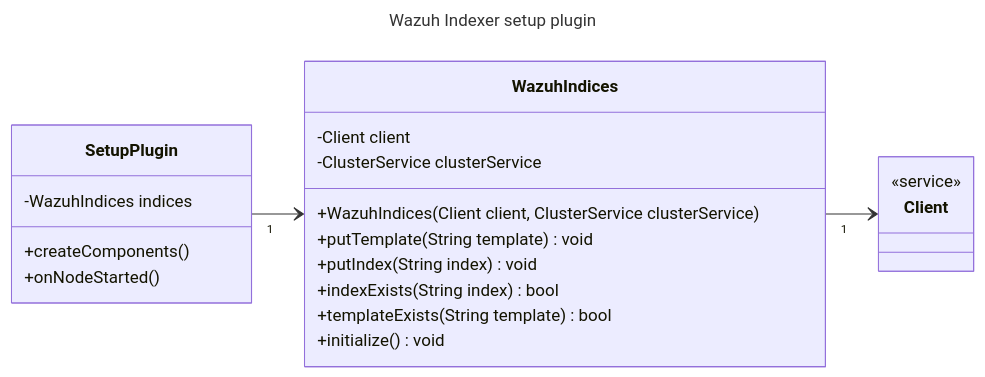
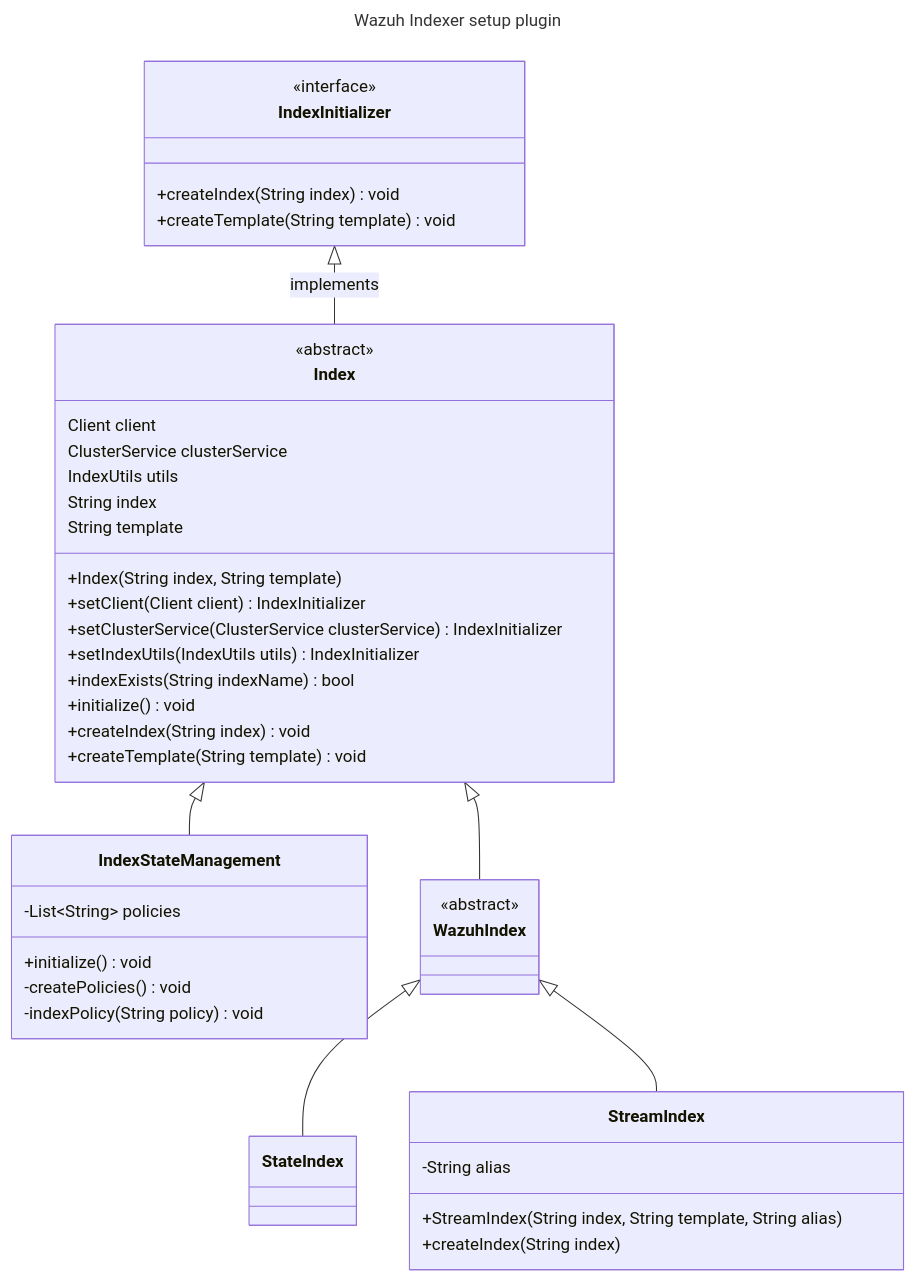
Before and after one commit to wazuh/wazuh-indexer-plugins: the second of 2 diagrams in docs/ref/modules/setup/architecture.md, drawn with Mermaid. The commit also changed 7 other files, not shown here.

````diff
--- a/docs/ref/modules/setup/architecture.md
+++ b/docs/ref/modules/setup/architecture.md
@@ -64,23 +64,60 @@
 ```mermaid
 ---
 title: Wazuh Indexer setup plugin
 ---
 classDiagram
-    direction LR
-    SetupPlugin"1"-->WazuhIndices
-    WazuhIndices"1"-->Client
-    <<service>> Client
+    %% Classes
+    class IndexInitializer
+    <<interface>> IndexInitializer
+    class Index
+    <<abstract>> Index
+    class IndexStateManagement
+    class WazuhIndex
+    <<abstract>> WazuhIndex
+    class StateIndex
+    class StreamIndex
 
-    SetupPlugin : -WazuhIndices indices
-    SetupPlugin : +createComponents()
-    SetupPlugin : +onNodeStarted()
+    %% Relations
+    IndexInitializer <|-- Index : implements
+    Index <|-- IndexStateManagement
+    Index <|-- WazuhIndex
+    WazuhIndex <|-- StateIndex
+    WazuhIndex <|-- StreamIndex
 
-    WazuhIndices : -Client client
-    WazuhIndices : -ClusterService clusterService
-    WazuhIndices : +WazuhIndices(Client client, ClusterService clusterService)
-    WazuhIndices : +putTemplate(String template) void
-    WazuhIndices : +putIndex(String index) void
-    WazuhIndices : +indexExists(String index) bool
-    WazuhIndices : +templateExists(String template) bool
-    WazuhIndices : +initialize() void
+    %% Schemas
+    class IndexInitializer {
+        +createIndex(String index) void
+        +createTemplate(String template) void
+    }
+    class Index {
+        Client client
+        ClusterService clusterService
+        IndexUtils utils
+        String index
+        String template
+        +Index(String index, String template)
+        +setClient(Client client) IndexInitializer
+        +setClusterService(ClusterService clusterService) IndexInitializer
+        +setIndexUtils(IndexUtils utils) IndexInitializer
+        +indexExists(String indexName) bool
+        +initialize() void
+        +createIndex(String index) void
+        +createTemplate(String template) void
+        %% initialize() podría reemplazarse por createIndex() y createTemplate()
+    }
+    class IndexStateManagement {
+        -List~String~ policies
+        +initialize() void
+        -createPolicies() void
+        -indexPolicy(String policy) void
+    }
+    class WazuhIndex {
+    }
+    class StreamIndex {
+        -String alias
+        +StreamIndex(String index, String template, String alias)
+        +createIndex(String index)
+    }
+    class StateIndex {
+    }
 ```
````
